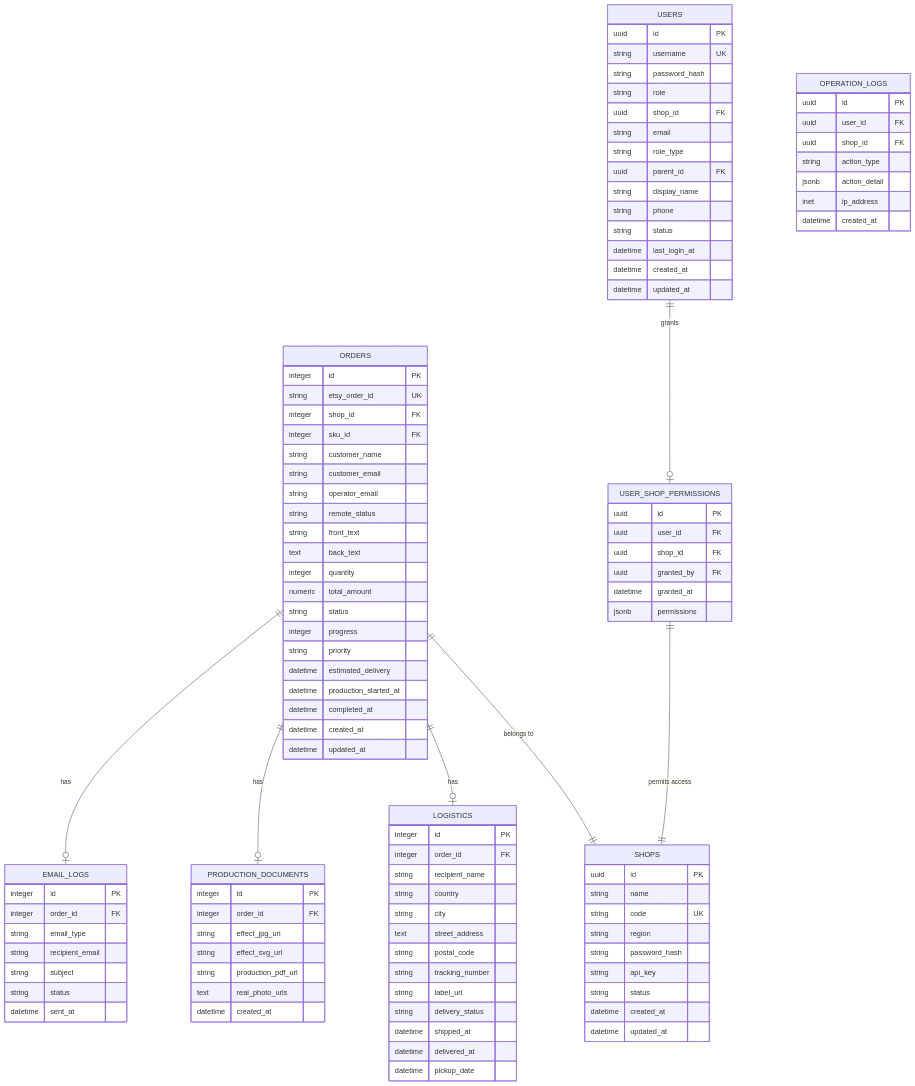
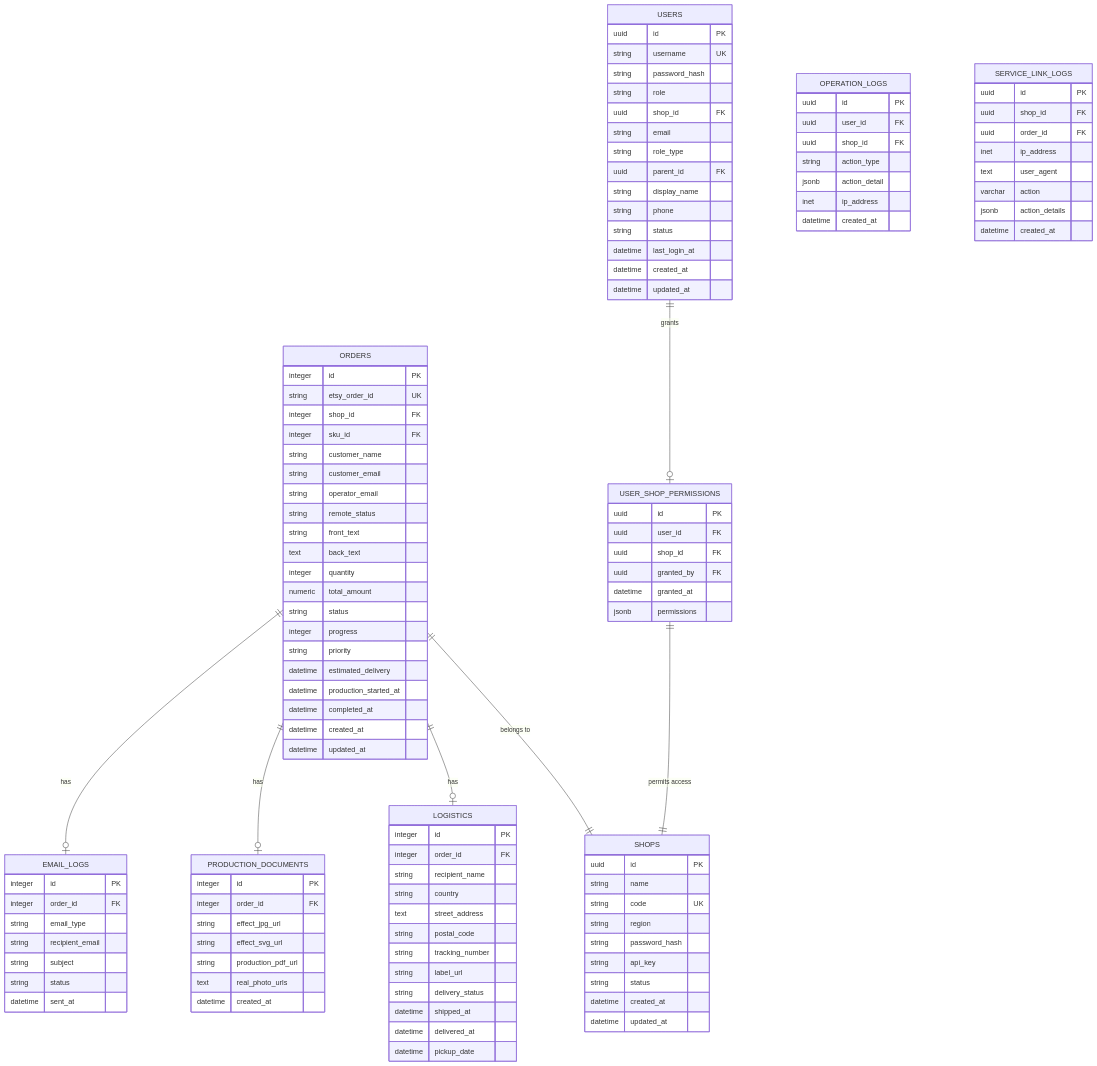
One commit to SY6621/POD-Order-Management changed the third of 7 diagrams in .qoder/repowiki/zh/content/开发指南/开发指南.md. Above: the diagram before and after it, drawn with Mermaid. The commit also changed other lines of this file and 15 other files, not shown here.

```diff
--- a/.qoder/repowiki/zh/content/开发指南/开发指南.md
+++ b/.qoder/repowiki/zh/content/开发指南/开发指南.md
@@ -555,7 +584,6 @@
 integer order_id FK
 string recipient_name
 string country
-string city
 text street_address
 string postal_code
 string tracking_number
@@ -600,6 +628,16 @@
 inet ip_address
 datetime created_at
 }
+SERVICE_LINK_LOGS {
+uuid id PK
+uuid shop_id FK
+uuid order_id FK
+inet ip_address
+text user_agent
+varchar action
+jsonb action_details
+datetime created_at
+}
 ORDERS ||--|| SHOPS : "belongs to"
 ORDERS ||--o| LOGISTICS : "has"
 ORDERS ||--o| PRODUCTION_DOCUMENTS : "has"
```
